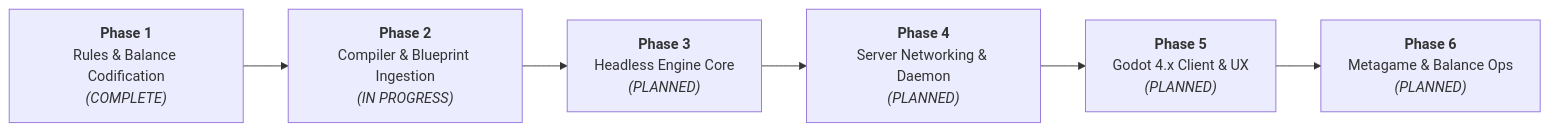
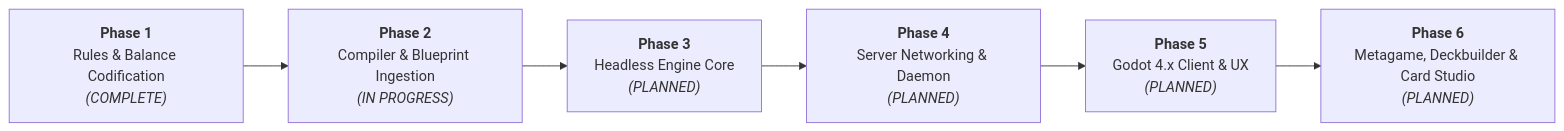
One commit to hailstorm01/animus-mundi changed the second of 2 diagrams in docs/PRODUCT_SUMMARY.md. Above: the diagram before and after it, drawn with Mermaid. The commit also changed other lines of this file, not shown here.

Commit message:
docs(vision): profile Card Portfolio & Set Designer Studio in roadmap and architecture

````diff
--- a/docs/PRODUCT_SUMMARY.md
+++ b/docs/PRODUCT_SUMMARY.md
@@ -181,11 +184,11 @@
 ```mermaid
 flowchart LR
     Phase1["<b>Phase 1</b><br/>Rules & Balance Codification<br/><i>(COMPLETE)</i>"]
     Phase2["<b>Phase 2</b><br/>Compiler & Blueprint Ingestion<br/><i>(IN PROGRESS)</i>"]
     Phase3["<b>Phase 3</b><br/>Headless Engine Core<br/><i>(PLANNED)</i>"]
     Phase4["<b>Phase 4</b><br/>Server Networking & Daemon<br/><i>(PLANNED)</i>"]
     Phase5["<b>Phase 5</b><br/>Godot 4.x Client & UX<br/><i>(PLANNED)</i>"]
-    Phase6["<b>Phase 6</b><br/>Metagame & Balance Ops<br/><i>(PLANNED)</i>"]
+    Phase6["<b>Phase 6</b><br/>Metagame, Deckbuilder & Card Studio<br/><i>(PLANNED)</i>"]
 
     Phase1 --> Phase2 --> Phase3 --> Phase4 --> Phase5 --> Phase6
 ```
````
